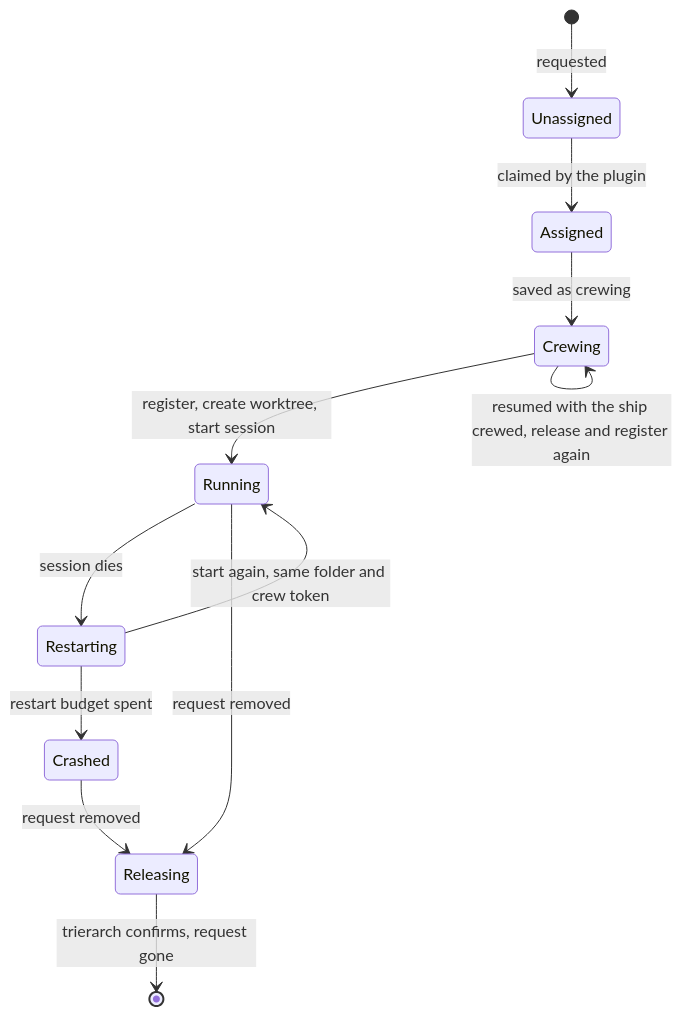
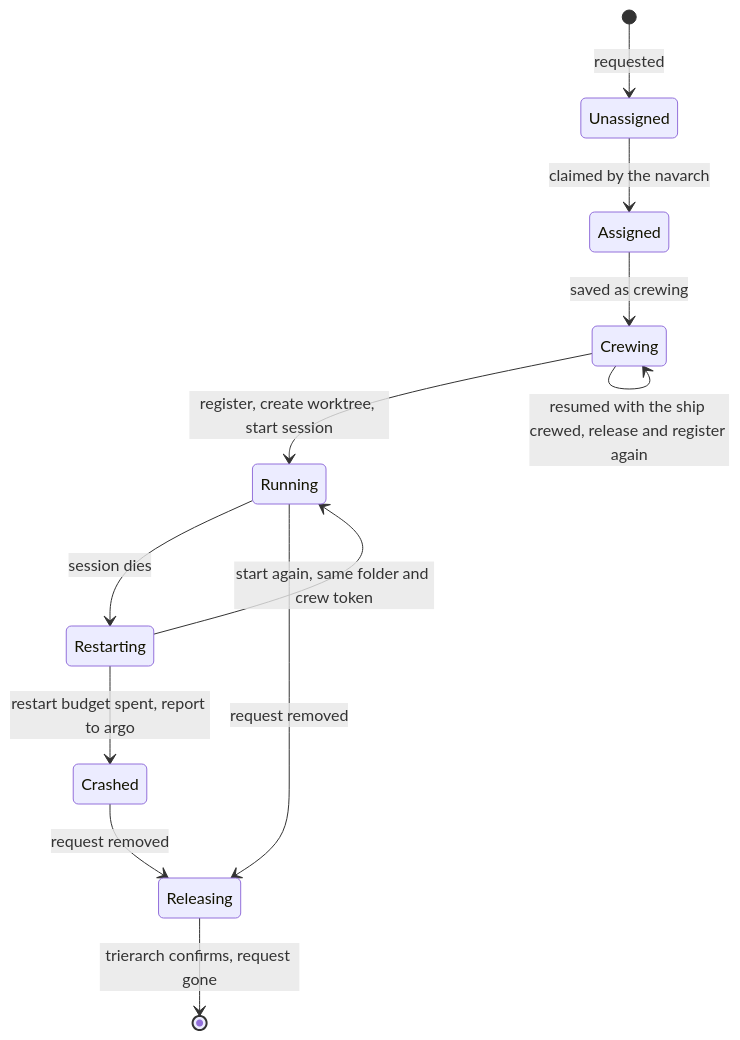
Before and after one commit to ThomasHendrickx/aeolus-fleet: the diagram in docs/trierarch.md, drawn with Mermaid. The commit also changed other lines of this file and 9 other files, not shown here.

````diff
--- a/docs/trierarch.md
+++ b/docs/trierarch.md
@@ -124,14 +143,14 @@
 ```mermaid
 stateDiagram-v2
   [*] --> Unassigned: requested
-  Unassigned --> Assigned: claimed by the plugin
+  Unassigned --> Assigned: claimed by the navarch
   Assigned --> Crewing: saved as crewing
   Crewing --> Running: register, create worktree, start session
   Crewing --> Crewing: resumed with the ship crewed, release and register again
   Running --> Restarting: session dies
   Restarting --> Running: start again, same folder and crew token
-  Restarting --> Crashed: restart budget spent
+  Restarting --> Crashed: restart budget spent, report to argo
   Running --> Releasing: request removed
   Crashed --> Releasing: request removed
   Releasing --> [*]: trierarch confirms, request gone
 ```
````
